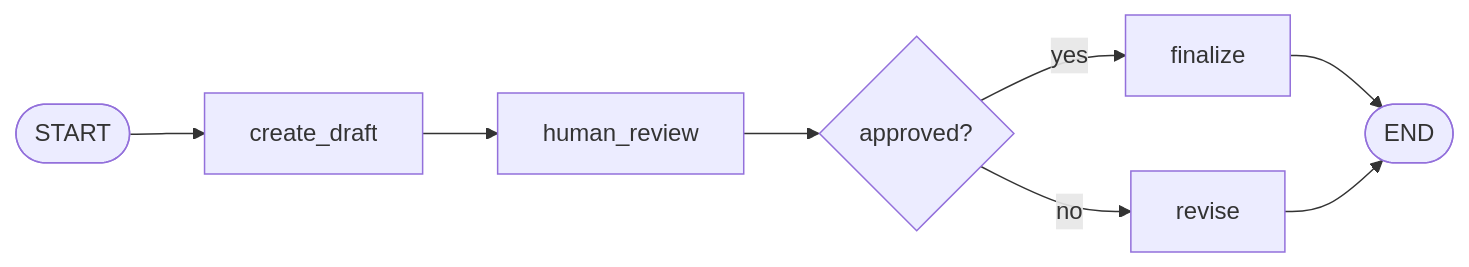
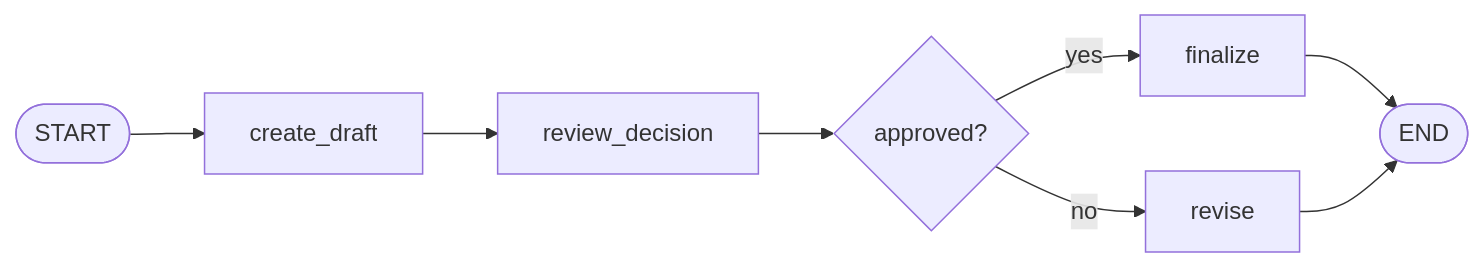
One commit to Walid-Ahmed/langgraph-tutorials changed the seventh of 7 diagrams in 7-Checkpointing/README.md. Above: the diagram before and after it, drawn with Mermaid. The commit also changed other lines of this file and 2 other files, not shown here.

Commit message:
Clarify terminal human review flow

````diff
--- a/7-Checkpointing/README.md
+++ b/7-Checkpointing/README.md
@@ -247,10 +247,10 @@
 ```mermaid
 flowchart LR
     START([START]) --> DRAFT["create_draft"]
-    DRAFT --> REVIEW["human_review"]
+    DRAFT --> REVIEW["review_decision"]
     REVIEW --> ROUTE{"approved?"}
     ROUTE -->|yes| FINALIZE["finalize"]
     ROUTE -->|no| REVISE["revise"]
     FINALIZE --> END([END])
     REVISE --> END
 ```
````
